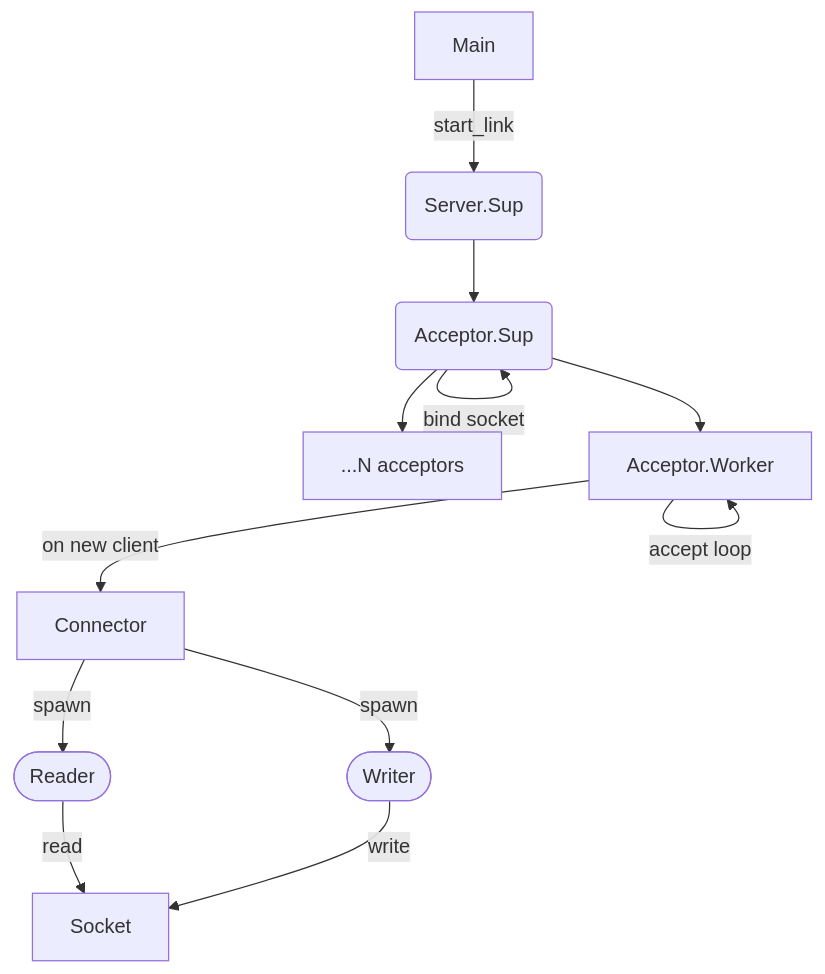
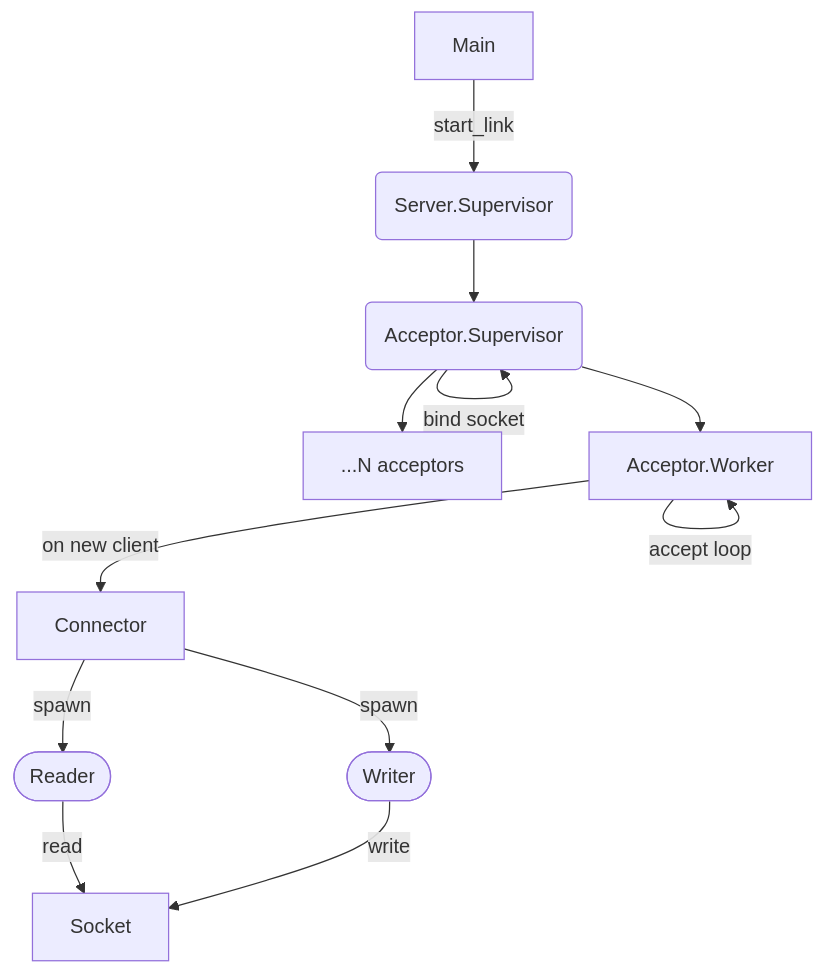
One commit to riot-ml/riot changed the diagram in examples/http_server/README.md. Above: the diagram before and after it, drawn with Mermaid. The commit also changed other lines of this file, not shown here.

Commit message:
example: update http server readme

````diff
--- a/examples/http_server/README.md
+++ b/examples/http_server/README.md
@@ -20,28 +24,28 @@
 ```mermaid
 graph TD
     Main
 
-    Server_sup(Server.Sup)
-    Acceptor_sup(Acceptor.Sup)
+    Server_sup(Server.Supervisor)
+    Acceptor_sup(Acceptor.Supervisor)
     Acceptor_wrk[Acceptor.Worker]
     Connector_wrk[Connector]
     Writer([Writer])
     Reader([Reader])
 
     Main --> |start_link| Server_sup
 
     Server_sup --> Acceptor_sup
     Acceptor_sup --> |bind socket|Acceptor_sup
 
     Acceptor_sup --> Acceptor_wrk
     Acceptor_sup --> Acceptor_wrk1[...N acceptors]
 
     Acceptor_wrk --> |accept loop| Acceptor_wrk
     
 
     Acceptor_wrk --> |on new client| Connector_wrk
     Connector_wrk --> |spawn| Writer & Reader
 
     Reader --> |read| Socket
     Writer --> |write| Socket
 ```
````
